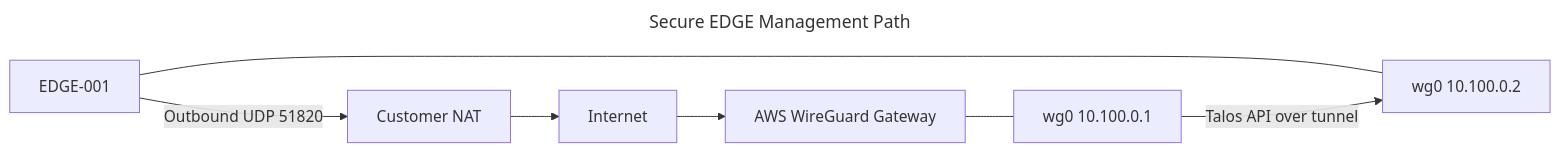
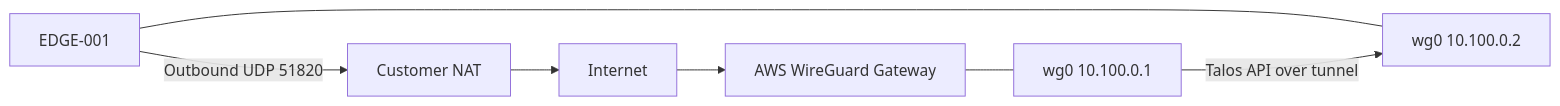
One commit to naren4b/learn-talos changed diagram 29 of 35 in docs/track-2-secure-edge/README.md. Above: the diagram before and after it, drawn with Mermaid. The commit also changed other lines of this file, not shown here.

Commit message:
docs: fix GitHub Mermaid rich display errors

````diff
--- a/docs/track-2-secure-edge/README.md
+++ b/docs/track-2-secure-edge/README.md
@@ -1891,12 +1889,9 @@
 ```mermaid
----
-title: Secure EDGE Management Path
----
 flowchart LR
     A[EDGE-001] -->|Outbound UDP 51820| B[Customer NAT]
     B --> C[Internet]
     C --> D[AWS WireGuard Gateway]
     A --- E[wg0 10.100.0.2]
     D --- F[wg0 10.100.0.1]
     F -->|Talos API over tunnel| E
 ```
````
